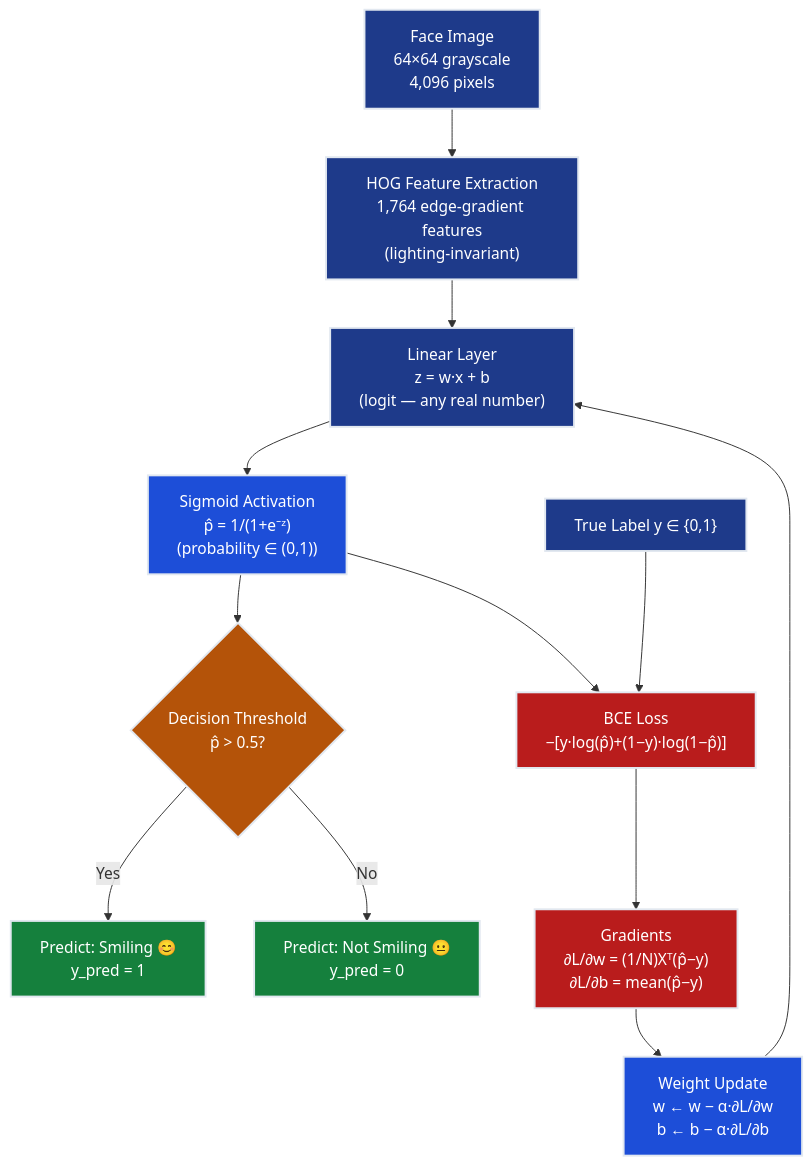
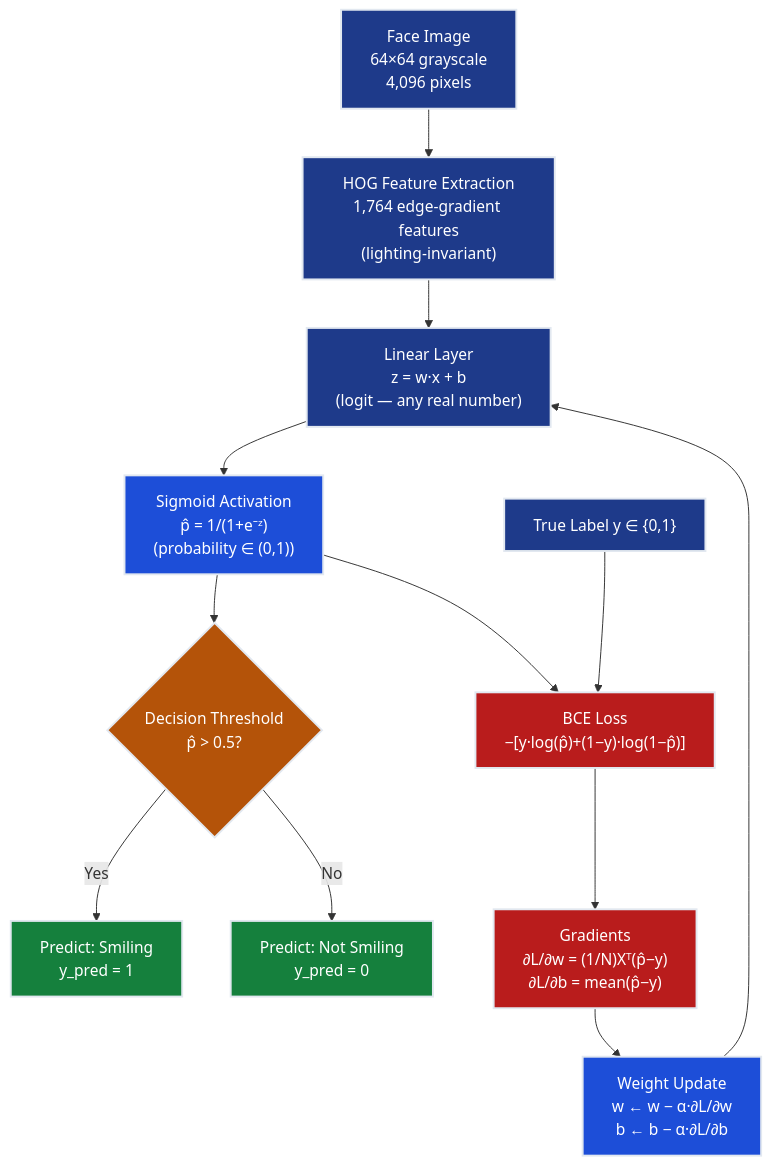
The third of 5 diagrams in notes/01-ml/02-classification/ch01_logistic_regression/README.md (dsgouda7/ai-portfolio), drawn with Mermaid before and after one commit. The commit also changed other lines of this file and 391 other files, not shown here.

````diff
--- a/notes/01-ml/02-classification/ch01_logistic_regression/README.md
+++ b/notes/01-ml/02-classification/ch01_logistic_regression/README.md
@@ -714,25 +714,25 @@
 ```mermaid
 graph TD
  A["Face Image\n64×64 grayscale\n4,096 pixels"] --> B["HOG Feature Extraction\n1,764 edge-gradient features\n(lighting-invariant)"]
  B --> C["Linear Layer\nz = w·x + b\n(logit — any real number)"]
  C --> D["Sigmoid Activation\np̂ = 1/(1+e⁻ᶻ)\n(probability ∈ (0,1))"]
  D --> E{"Decision Threshold\np̂ > 0.5?"}
- E -->|"Yes"| F["Predict: Smiling 😊\ny_pred = 1"]
- E -->|"No"| G["Predict: Not Smiling 😐\ny_pred = 0"]
+ E -->|"Yes"| F["Predict: Smiling \ny_pred = 1"]
+ E -->|"No"| G["Predict: Not Smiling \ny_pred = 0"]
  H["True Label y ∈ {0,1}"] --> I["BCE Loss\n−[y·log(p̂)+(1−y)·log(1−p̂)]"]
  D --> I
  I --> J["Gradients\n∂L/∂w = (1/N)Xᵀ(p̂−y)\n∂L/∂b = mean(p̂−y)"]
  J --> K["Weight Update\nw ← w − α·∂L/∂w\nb ← b − α·∂L/∂b"]
  K --> C
  style A fill:#1e3a8a,stroke:#e2e8f0,stroke-width:2px,color:#ffffff
  style B fill:#1e3a8a,stroke:#e2e8f0,stroke-width:2px,color:#ffffff
  style C fill:#1e3a8a,stroke:#e2e8f0,stroke-width:2px,color:#ffffff
  style D fill:#1d4ed8,stroke:#e2e8f0,stroke-width:2px,color:#ffffff
  style E fill:#b45309,stroke:#e2e8f0,stroke-width:2px,color:#ffffff
  style F fill:#15803d,stroke:#e2e8f0,stroke-width:2px,color:#ffffff
  style G fill:#15803d,stroke:#e2e8f0,stroke-width:2px,color:#ffffff
  style H fill:#1e3a8a,stroke:#e2e8f0,stroke-width:2px,color:#ffffff
  style I fill:#b91c1c,stroke:#e2e8f0,stroke-width:2px,color:#ffffff
  style J fill:#b91c1c,stroke:#e2e8f0,stroke-width:2px,color:#ffffff
  style K fill:#1d4ed8,stroke:#e2e8f0,stroke-width:2px,color:#ffffff
 ```
````
